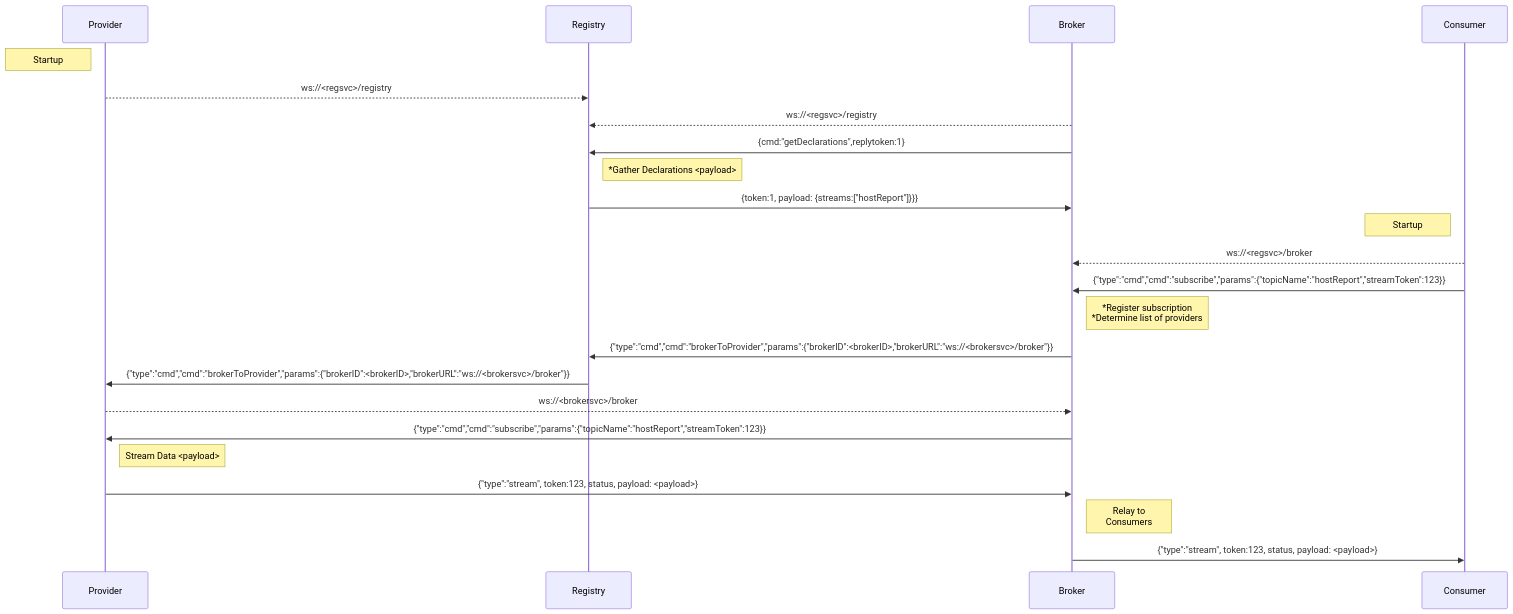
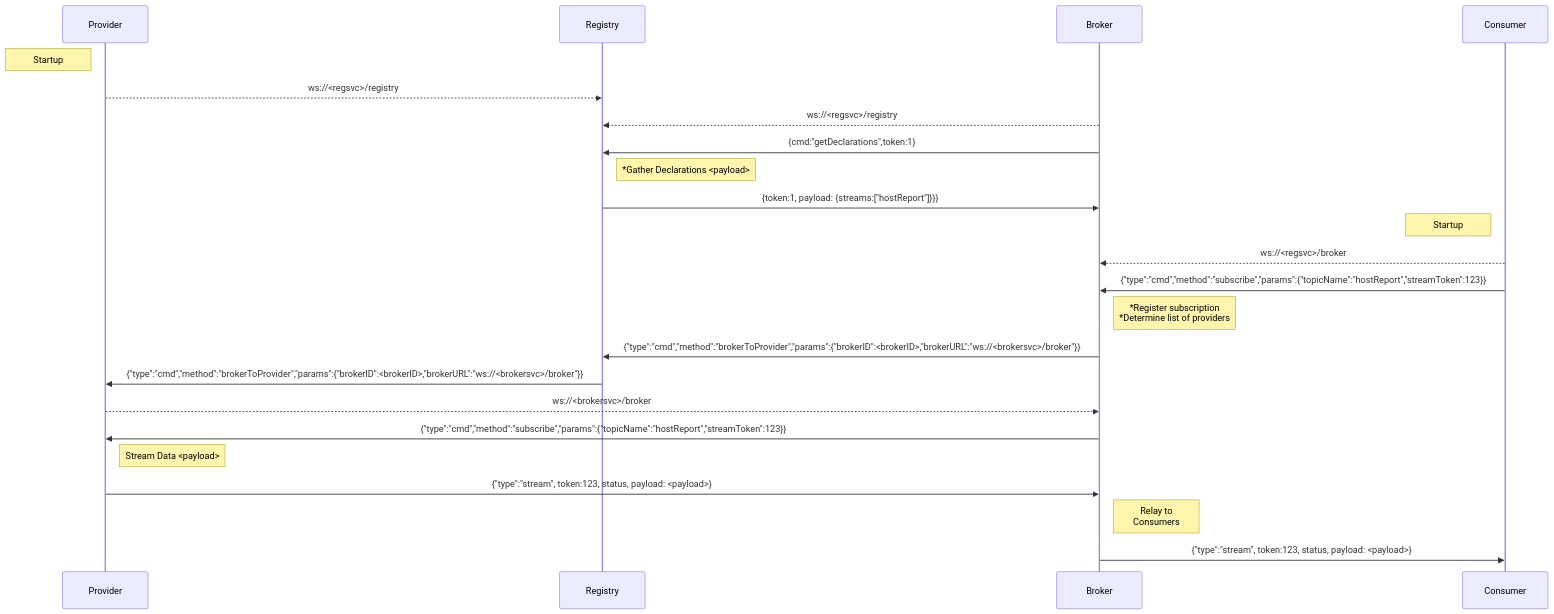
The second of 2 diagrams in README-MermaidCode.md (adhdtech/DRP), drawn with Mermaid before and after one commit. The commit also changed other lines of this file and 8 other files, not shown here.

````diff
--- a/README-MermaidCode.md
+++ b/README-MermaidCode.md
@@ -105,24 +105,24 @@
 ```mermaid
 sequenceDiagram
     participant Provider
     participant Registry
     participant Broker
     Note left of Provider: Startup
     Provider-->>Registry: ws://<regsvc>/registry
     Broker-->>Registry: ws://<regsvc>/registry
-    Broker->>Registry: {cmd:"getDeclarations",replytoken:1}
+    Broker->>Registry: {cmd:"getDeclarations",token:1}
     Note right of Registry: *Gather Declarations <payload>
     Registry->>Broker: {token:1, payload: {streams:["hostReport"]}}}
     Note left of Consumer: Startup
     Consumer-->>Broker: ws://<regsvc>/broker
-    Consumer->>Broker: {"type":"cmd","cmd":"subscribe","params":{"topicName":"hostReport","streamToken":123}}
+    Consumer->>Broker: {"type":"cmd","method":"subscribe","params":{"topicName":"hostReport","streamToken":123}}
     Note right of Broker: *Register subscription<br>*Determine list of providers
-    Broker->>Registry: {"type":"cmd","cmd":"brokerToProvider","params":{"brokerID":<brokerID>,"brokerURL":"ws://<brokersvc>/broker"}}
-    Registry->>Provider: {"type":"cmd","cmd":"brokerToProvider","params":{"brokerID":<brokerID>,"brokerURL":"ws://<brokersvc>/broker"}}
+    Broker->>Registry: {"type":"cmd","method":"brokerToProvider","params":{"brokerID":<brokerID>,"brokerURL":"ws://<brokersvc>/broker"}}
+    Registry->>Provider: {"type":"cmd","method":"brokerToProvider","params":{"brokerID":<brokerID>,"brokerURL":"ws://<brokersvc>/broker"}}
     Provider-->>Broker: ws://<brokersvc>/broker
-    Broker->>Provider: {"type":"cmd","cmd":"subscribe","params":{"topicName":"hostReport","streamToken":123}}
+    Broker->>Provider: {"type":"cmd","method":"subscribe","params":{"topicName":"hostReport","streamToken":123}}
     Note right of Provider: Stream Data <payload>
     Provider->>Broker: {"type":"stream", token:123, status, payload: <payload>}
     Note right of Broker: Relay to<br>Consumers
     Broker->>Consumer: {"type":"stream", token:123, status, payload: <payload>}
 ```
````
